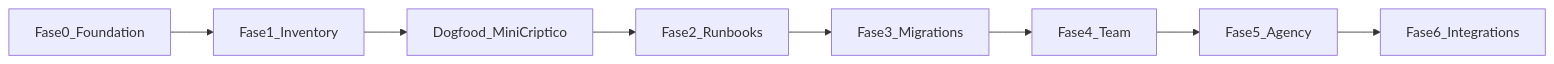
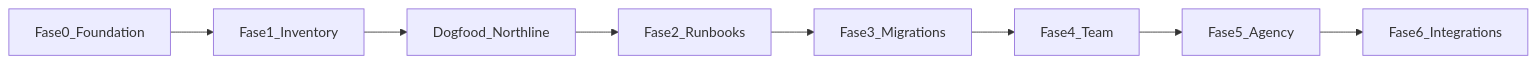
Before and after one commit to agusdac/amanager: the diagram in docs/ROADMAP.md, drawn with Mermaid. The commit also changed other lines of this file and 25 other files, not shown here.

````diff
--- a/docs/ROADMAP.md
+++ b/docs/ROADMAP.md
@@ -11,12 +11,12 @@
 ```mermaid
 flowchart LR
   F0[Fase0_Foundation]
   F1[Fase1_Inventory]
-  DF[Dogfood_MiniCriptico]
+  DF[Dogfood_Northline]
   F2[Fase2_Runbooks]
   F3[Fase3_Migrations]
   F4[Fase4_Team]
   F5[Fase5_Agency]
   F6[Fase6_Integrations]
   F0 --> F1 --> DF --> F2 --> F3 --> F4 --> F5 --> F6
 ```
````
